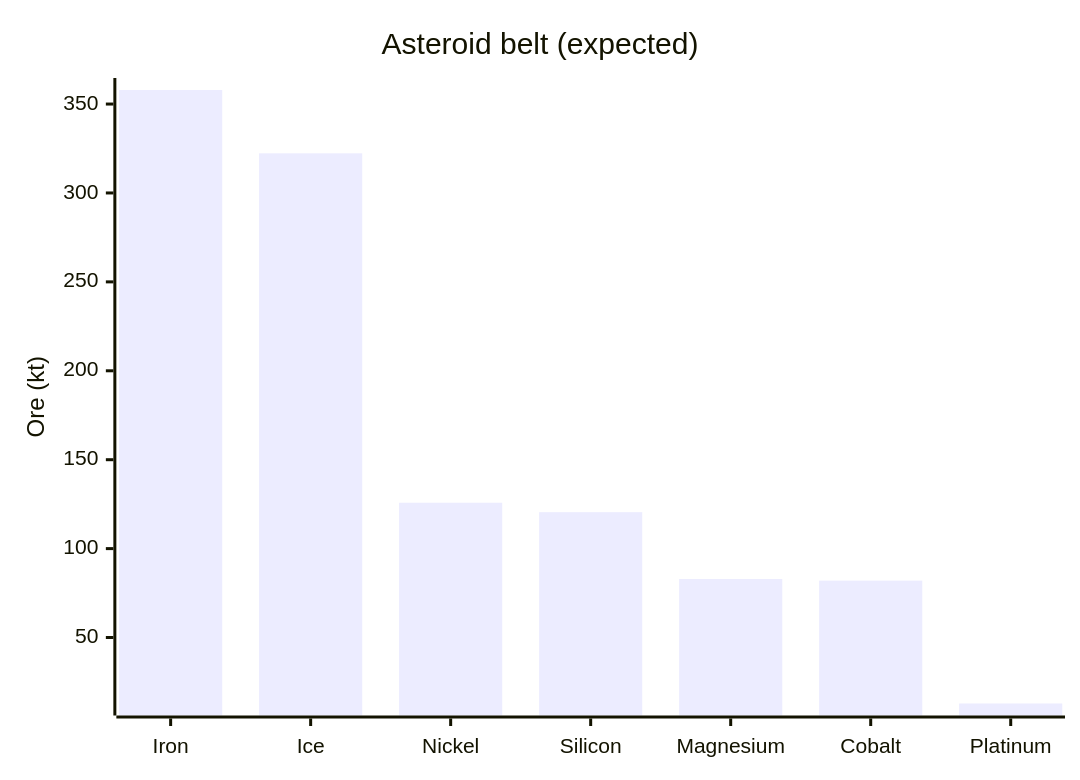
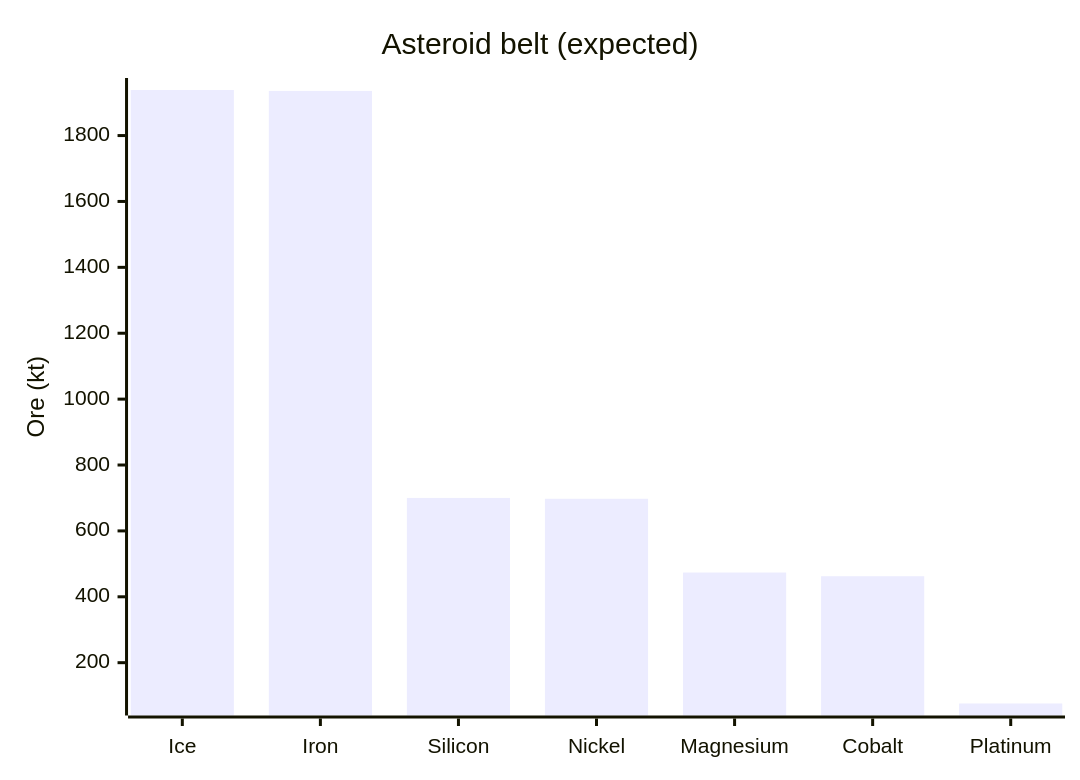
The third of 3 diagrams in octahedron/ORES.md (CometWorks/worlds), drawn with Mermaid before and after one commit. The commit also changed other lines of this file and 4 other files, not shown here.

````diff
--- a/octahedron/ORES.md
+++ b/octahedron/ORES.md
@@ -91,7 +91,7 @@
 ```mermaid
 xychart-beta
     title "Asteroid belt (expected)"
-    x-axis ["Iron", "Ice", "Nickel", "Silicon", "Magnesium", "Cobalt", "Platinum"]
+    x-axis ["Ice", "Iron", "Silicon", "Nickel", "Magnesium", "Cobalt", "Platinum"]
     y-axis "Ore (kt)"
-    bar [357.9, 322.3, 125.8, 120.5, 82.9, 82.0, 12.9]
+    bar [1938.3, 1935.5, 700.1, 697.5, 473.6, 462.4, 76.1]
 ```
````
